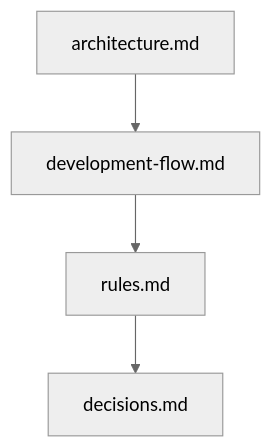
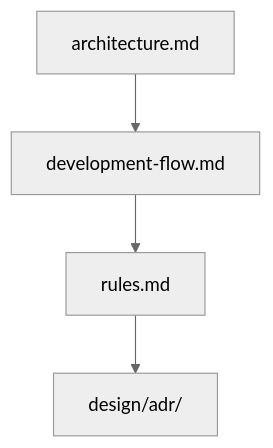
The first of 7 diagrams in docs/index.md (Tomy-ch/go-boilerplate), drawn with Mermaid (neutral theme) before and after one commit. The commit also changed other lines of this file and 7 other files, not shown here.

First line of the commit message:
Docs: decisions.md をリダイレクト化し正典参照を ADR へ貼替

````diff
--- a/docs/index.md
+++ b/docs/index.md
@@ -24,4 +24,4 @@
 ```mermaid
 flowchart TB
-    A["architecture.md"] --> B["development-flow.md"] --> C["rules.md"] --> D["decisions.md"]
+    A["architecture.md"] --> B["development-flow.md"] --> C["rules.md"] --> D["design/adr/"]
 ```
````
